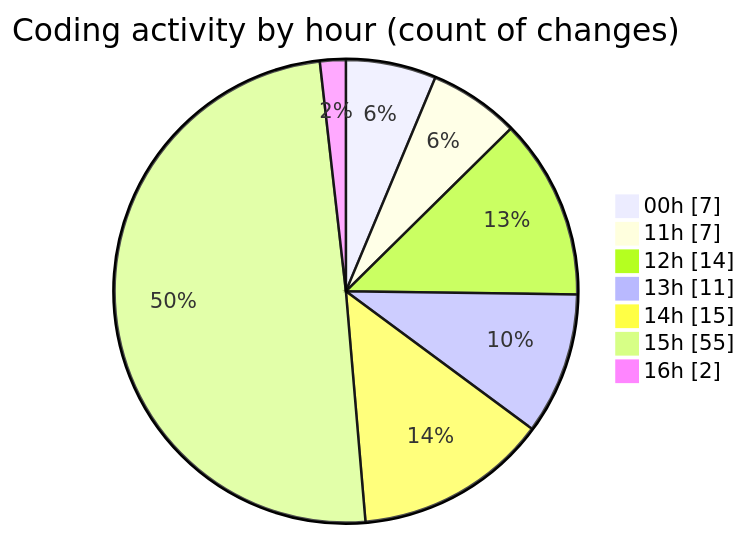
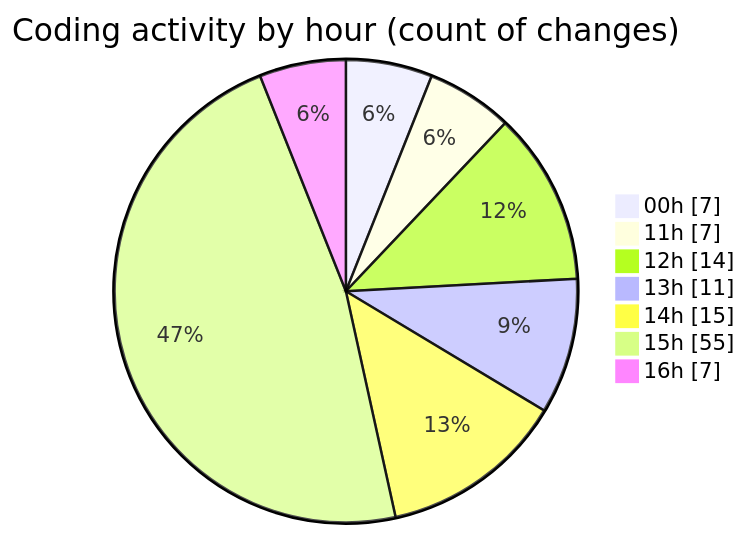
One commit to julien-gomy/code-tracking changed the second of 2 diagrams in 2025-10-08/eventscop-frontend-guide__workspace_/README.md. Above: the diagram before and after it, drawn with Mermaid. The commit also changed other lines of this file and 1 other file, not shown here.

````diff
--- a/2025-10-08/eventscop-frontend-guide__workspace_/README.md
+++ b/2025-10-08/eventscop-frontend-guide__workspace_/README.md
@@ -48,11 +48,11 @@
 ```mermaid
 pie showData
 title Coding activity by hour (count of changes)
 "00h" : 7
 "11h" : 7
 "12h" : 14
 "13h" : 11
 "14h" : 15
 "15h" : 55
-"16h" : 2
+"16h" : 7
 ```
````
